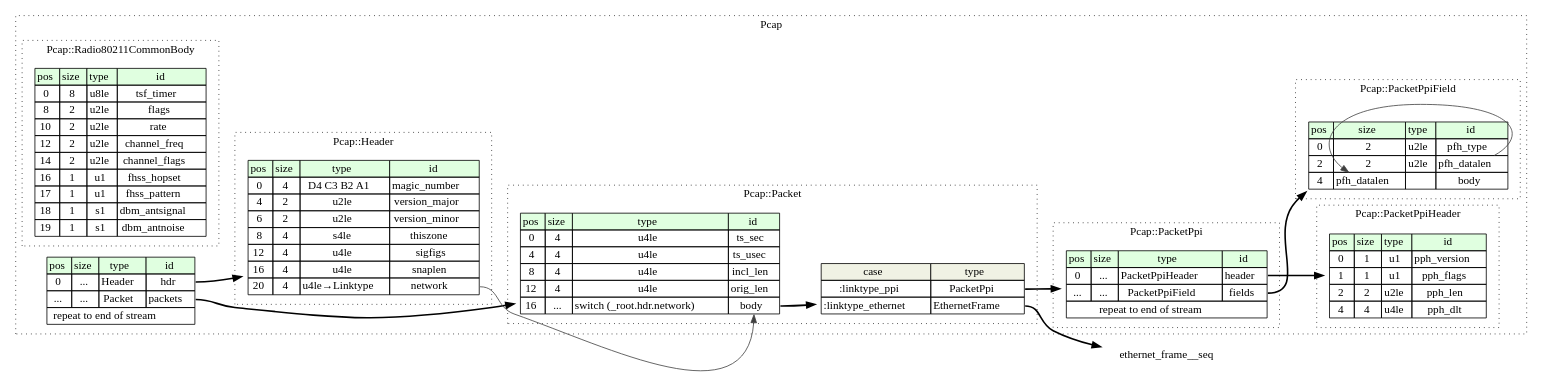
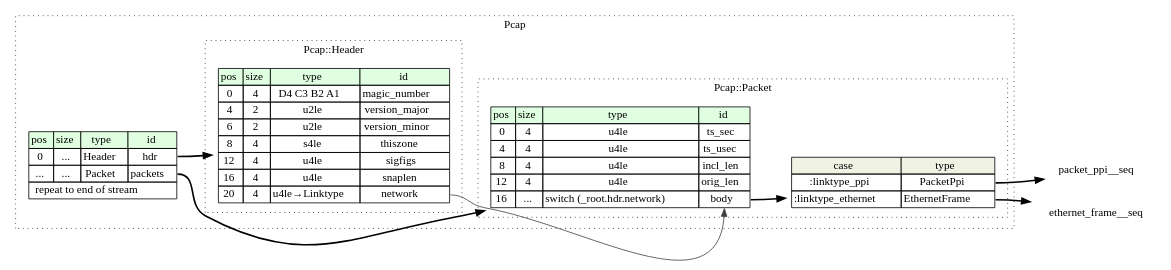
The diagram in pcap/src/graphviz/pcap.dot (kaitai-io/formats-kaitai-io.github.io), drawn with Graphviz before and after one commit. The commit also changed 440 other files, not shown here.

```diff
--- a/pcap/src/graphviz/pcap.dot
+++ b/pcap/src/graphviz/pcap.dot
@@ -1,108 +1,54 @@
 digraph {
 	rankdir=LR;
 	node [shape=plaintext];
 	subgraph cluster__pcap {
 		label="Pcap";
 		graph[style=dotted];
 
 		pcap__seq [label=<<TABLE BORDER="0" CELLBORDER="1" CELLSPACING="0">
 			<TR><TD BGCOLOR="#E0FFE0">pos</TD><TD BGCOLOR="#E0FFE0">size</TD><TD BGCOLOR="#E0FFE0">type</TD><TD BGCOLOR="#E0FFE0">id</TD></TR>
 			<TR><TD PORT="hdr_pos">0</TD><TD PORT="hdr_size">...</TD><TD>Header</TD><TD PORT="hdr_type">hdr</TD></TR>
 			<TR><TD PORT="packets_pos">...</TD><TD PORT="packets_size">...</TD><TD>Packet</TD><TD PORT="packets_type">packets</TD></TR>
 			<TR><TD COLSPAN="4" PORT="packets__repeat">repeat to end of stream</TD></TR>
 		</TABLE>>];
-		subgraph cluster__packet_ppi {
-			label="Pcap::PacketPpi";
-			graph[style=dotted];
-
-			packet_ppi__seq [label=<<TABLE BORDER="0" CELLBORDER="1" CELLSPACING="0">
-				<TR><TD BGCOLOR="#E0FFE0">pos</TD><TD BGCOLOR="#E0FFE0">size</TD><TD BGCOLOR="#E0FFE0">type</TD><TD BGCOLOR="#E0FFE0">id</TD></TR>
-				<TR><TD PORT="header_pos">0</TD><TD PORT="header_size">...</TD><TD>PacketPpiHeader</TD><TD PORT="header_type">header</TD></TR>
-				<TR><TD PORT="fields_pos">...</TD><TD PORT="fields_size">...</TD><TD>PacketPpiField</TD><TD PORT="fields_type">fields</TD></TR>
-				<TR><TD COLSPAN="4" PORT="fields__repeat">repeat to end of stream</TD></TR>
-			</TABLE>>];
-		}
-		subgraph cluster__packet_ppi_header {
-			label="Pcap::PacketPpiHeader";
-			graph[style=dotted];
-
-			packet_ppi_header__seq [label=<<TABLE BORDER="0" CELLBORDER="1" CELLSPACING="0">
-				<TR><TD BGCOLOR="#E0FFE0">pos</TD><TD BGCOLOR="#E0FFE0">size</TD><TD BGCOLOR="#E0FFE0">type</TD><TD BGCOLOR="#E0FFE0">id</TD></TR>
-				<TR><TD PORT="pph_version_pos">0</TD><TD PORT="pph_version_size">1</TD><TD>u1</TD><TD PORT="pph_version_type">pph_version</TD></TR>
-				<TR><TD PORT="pph_flags_pos">1</TD><TD PORT="pph_flags_size">1</TD><TD>u1</TD><TD PORT="pph_flags_type">pph_flags</TD></TR>
-				<TR><TD PORT="pph_len_pos">2</TD><TD PORT="pph_len_size">2</TD><TD>u2le</TD><TD PORT="pph_len_type">pph_len</TD></TR>
-				<TR><TD PORT="pph_dlt_pos">4</TD><TD PORT="pph_dlt_size">4</TD><TD>u4le</TD><TD PORT="pph_dlt_type">pph_dlt</TD></TR>
-			</TABLE>>];
-		}
 		subgraph cluster__header {
 			label="Pcap::Header";
 			graph[style=dotted];
 
 			header__seq [label=<<TABLE BORDER="0" CELLBORDER="1" CELLSPACING="0">
 				<TR><TD BGCOLOR="#E0FFE0">pos</TD><TD BGCOLOR="#E0FFE0">size</TD><TD BGCOLOR="#E0FFE0">type</TD><TD BGCOLOR="#E0FFE0">id</TD></TR>
 				<TR><TD PORT="magic_number_pos">0</TD><TD PORT="magic_number_size">4</TD><TD>D4 C3 B2 A1</TD><TD PORT="magic_number_type">magic_number</TD></TR>
 				<TR><TD PORT="version_major_pos">4</TD><TD PORT="version_major_size">2</TD><TD>u2le</TD><TD PORT="version_major_type">version_major</TD></TR>
 				<TR><TD PORT="version_minor_pos">6</TD><TD PORT="version_minor_size">2</TD><TD>u2le</TD><TD PORT="version_minor_type">version_minor</TD></TR>
 				<TR><TD PORT="thiszone_pos">8</TD><TD PORT="thiszone_size">4</TD><TD>s4le</TD><TD PORT="thiszone_type">thiszone</TD></TR>
 				<TR><TD PORT="sigfigs_pos">12</TD><TD PORT="sigfigs_size">4</TD><TD>u4le</TD><TD PORT="sigfigs_type">sigfigs</TD></TR>
 				<TR><TD PORT="snaplen_pos">16</TD><TD PORT="snaplen_size">4</TD><TD>u4le</TD><TD PORT="snaplen_type">snaplen</TD></TR>
 				<TR><TD PORT="network_pos">20</TD><TD PORT="network_size">4</TD><TD>u4le→Linktype</TD><TD PORT="network_type">network</TD></TR>
-			</TABLE>>];
-		}
-		subgraph cluster__radio_802_11_common_body {
-			label="Pcap::Radio80211CommonBody";
-			graph[style=dotted];
-
-			radio_802_11_common_body__seq [label=<<TABLE BORDER="0" CELLBORDER="1" CELLSPACING="0">
-				<TR><TD BGCOLOR="#E0FFE0">pos</TD><TD BGCOLOR="#E0FFE0">size</TD><TD BGCOLOR="#E0FFE0">type</TD><TD BGCOLOR="#E0FFE0">id</TD></TR>
-				<TR><TD PORT="tsf_timer_pos">0</TD><TD PORT="tsf_timer_size">8</TD><TD>u8le</TD><TD PORT="tsf_timer_type">tsf_timer</TD></TR>
-				<TR><TD PORT="flags_pos">8</TD><TD PORT="flags_size">2</TD><TD>u2le</TD><TD PORT="flags_type">flags</TD></TR>
-				<TR><TD PORT="rate_pos">10</TD><TD PORT="rate_size">2</TD><TD>u2le</TD><TD PORT="rate_type">rate</TD></TR>
-				<TR><TD PORT="channel_freq_pos">12</TD><TD PORT="channel_freq_size">2</TD><TD>u2le</TD><TD PORT="channel_freq_type">channel_freq</TD></TR>
-				<TR><TD PORT="channel_flags_pos">14</TD><TD PORT="channel_flags_size">2</TD><TD>u2le</TD><TD PORT="channel_flags_type">channel_flags</TD></TR>
-				<TR><TD PORT="fhss_hopset_pos">16</TD><TD PORT="fhss_hopset_size">1</TD><TD>u1</TD><TD PORT="fhss_hopset_type">fhss_hopset</TD></TR>
-				<TR><TD PORT="fhss_pattern_pos">17</TD><TD PORT="fhss_pattern_size">1</TD><TD>u1</TD><TD PORT="fhss_pattern_type">fhss_pattern</TD></TR>
-				<TR><TD PORT="dbm_antsignal_pos">18</TD><TD PORT="dbm_antsignal_size">1</TD><TD>s1</TD><TD PORT="dbm_antsignal_type">dbm_antsignal</TD></TR>
-				<TR><TD PORT="dbm_antnoise_pos">19</TD><TD PORT="dbm_antnoise_size">1</TD><TD>s1</TD><TD PORT="dbm_antnoise_type">dbm_antnoise</TD></TR>
-			</TABLE>>];
-		}
-		subgraph cluster__packet_ppi_field {
-			label="Pcap::PacketPpiField";
-			graph[style=dotted];
-
-			packet_ppi_field__seq [label=<<TABLE BORDER="0" CELLBORDER="1" CELLSPACING="0">
-				<TR><TD BGCOLOR="#E0FFE0">pos</TD><TD BGCOLOR="#E0FFE0">size</TD><TD BGCOLOR="#E0FFE0">type</TD><TD BGCOLOR="#E0FFE0">id</TD></TR>
-				<TR><TD PORT="pfh_type_pos">0</TD><TD PORT="pfh_type_size">2</TD><TD>u2le</TD><TD PORT="pfh_type_type">pfh_type</TD></TR>
-				<TR><TD PORT="pfh_datalen_pos">2</TD><TD PORT="pfh_datalen_size">2</TD><TD>u2le</TD><TD PORT="pfh_datalen_type">pfh_datalen</TD></TR>
-				<TR><TD PORT="body_pos">4</TD><TD PORT="body_size">pfh_datalen</TD><TD></TD><TD PORT="body_type">body</TD></TR>
 			</TABLE>>];
 		}
 		subgraph cluster__packet {
 			label="Pcap::Packet";
 			graph[style=dotted];
 
 			packet__seq [label=<<TABLE BORDER="0" CELLBORDER="1" CELLSPACING="0">
 				<TR><TD BGCOLOR="#E0FFE0">pos</TD><TD BGCOLOR="#E0FFE0">size</TD><TD BGCOLOR="#E0FFE0">type</TD><TD BGCOLOR="#E0FFE0">id</TD></TR>
 				<TR><TD PORT="ts_sec_pos">0</TD><TD PORT="ts_sec_size">4</TD><TD>u4le</TD><TD PORT="ts_sec_type">ts_sec</TD></TR>
 				<TR><TD PORT="ts_usec_pos">4</TD><TD PORT="ts_usec_size">4</TD><TD>u4le</TD><TD PORT="ts_usec_type">ts_usec</TD></TR>
 				<TR><TD PORT="incl_len_pos">8</TD><TD PORT="incl_len_size">4</TD><TD>u4le</TD><TD PORT="incl_len_type">incl_len</TD></TR>
 				<TR><TD PORT="orig_len_pos">12</TD><TD PORT="orig_len_size">4</TD><TD>u4le</TD><TD PORT="orig_len_type">orig_len</TD></TR>
 				<TR><TD PORT="body_pos">16</TD><TD PORT="body_size">...</TD><TD>switch (_root.hdr.network)</TD><TD PORT="body_type">body</TD></TR>
 			</TABLE>>];
 packet__seq_body_switch [label=<<TABLE BORDER="0" CELLBORDER="1" CELLSPACING="0">
 	<TR><TD BGCOLOR="#F0F2E4">case</TD><TD BGCOLOR="#F0F2E4">type</TD></TR>
 	<TR><TD>:linktype_ppi</TD><TD PORT="case0">PacketPpi</TD></TR>
 	<TR><TD>:linktype_ethernet</TD><TD PORT="case1">EthernetFrame</TD></TR>
 </TABLE>>];
 		}
 	}
 	pcap__seq:hdr_type -> header__seq [style=bold];
 	pcap__seq:packets_type -> packet__seq [style=bold];
-	packet_ppi__seq:header_type -> packet_ppi_header__seq [style=bold];
-	packet_ppi__seq:fields_type -> packet_ppi_field__seq [style=bold];
-	packet_ppi_field__seq:pfh_datalen_type -> packet_ppi_field__seq:body_size [color="#404040"];
 	packet__seq:body_type -> packet__seq_body_switch [style=bold];
 	packet__seq_body_switch:case0 -> packet_ppi__seq [style=bold];
 	packet__seq_body_switch:case1 -> ethernet_frame__seq [style=bold];
 	header__seq:network_type -> packet__seq:body_type [color="#404040"];
 }
```
